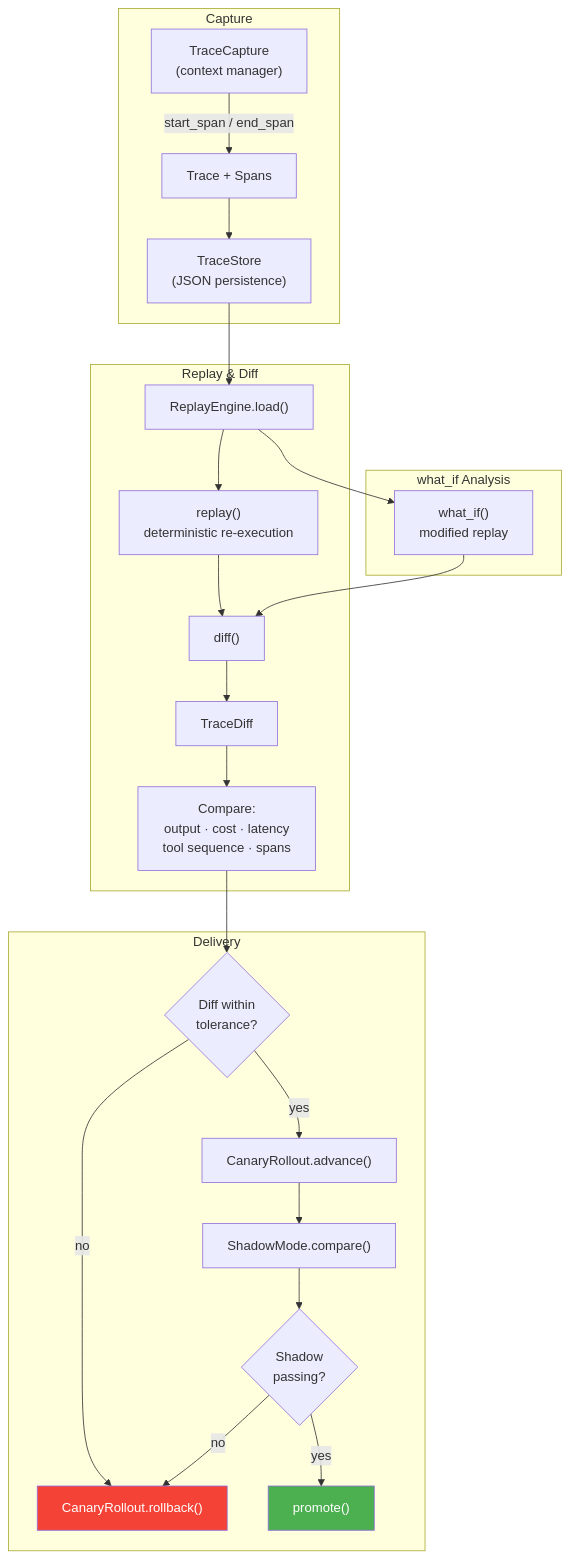
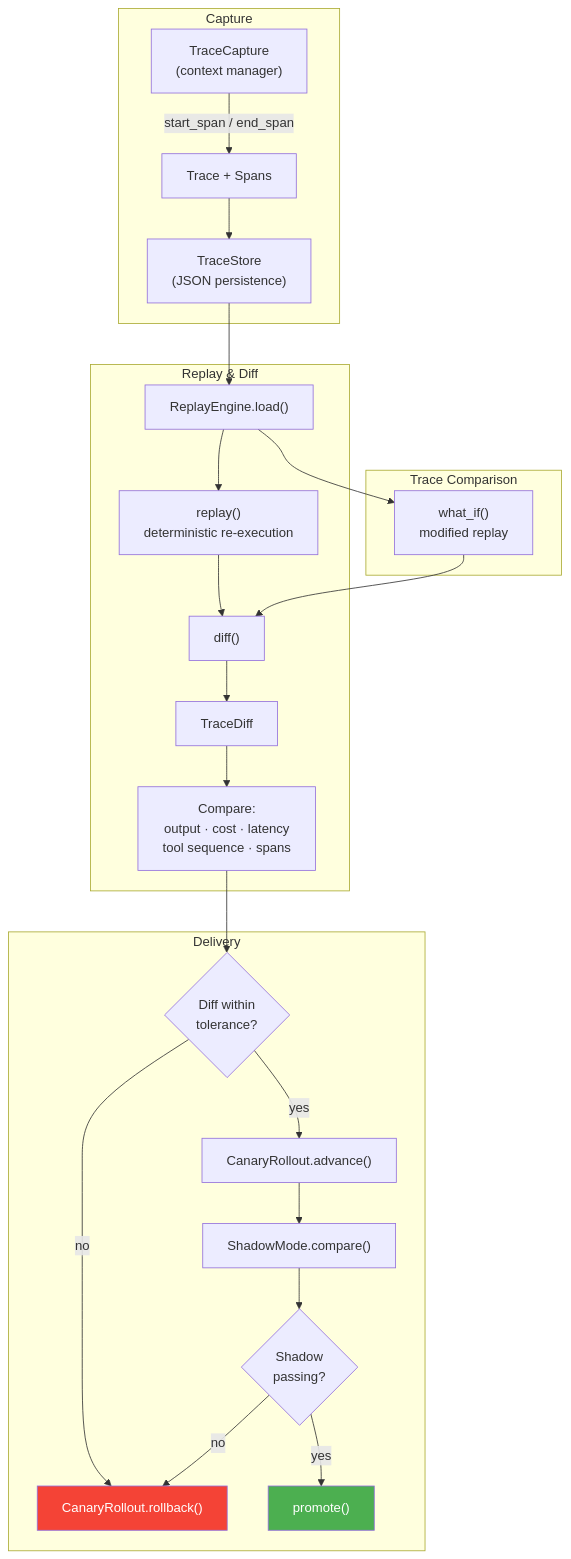
One commit to imran-siddique/agent-sre changed the fifth of 12 diagrams in ARCHITECTURE.md. Above: the diagram before and after it, drawn with Mermaid. The commit also changed other lines of this file and 35 other files, not shown here.

````diff
--- a/ARCHITECTURE.md
+++ b/ARCHITECTURE.md
@@ -235,33 +235,33 @@
 ```mermaid
 flowchart TB
     subgraph Capture
         A1["TraceCapture<br/>(context manager)"] -->|start_span / end_span| A2["Trace + Spans"]
         A2 --> A3["TraceStore<br/>(JSON persistence)"]
     end
 
     subgraph "Replay & Diff"
         A3 --> B1["ReplayEngine.load()"]
         B1 --> B2["replay()<br/>deterministic re-execution"]
         B2 --> B3["diff()"]
         B3 --> B4["TraceDiff"]
         B4 --> B5["Compare:<br/>output · cost · latency<br/>tool sequence · spans"]
     end
 
-    subgraph "what_if Analysis"
+    subgraph "Trace Comparison"
         B1 --> C1["what_if()<br/>modified replay"]
         C1 --> B3
     end
 
     subgraph Delivery
         B5 --> D1{"Diff within<br/>tolerance?"}
         D1 -->|yes| D2["CanaryRollout.advance()"]
         D1 -->|no| D3["CanaryRollout.rollback()"]
         D2 --> D4["ShadowMode.compare()"]
         D4 --> D5{"Shadow<br/>passing?"}
         D5 -->|yes| D6["promote()"]
         D5 -->|no| D3
     end
 
     style D6 fill:#4CAF50,color:#fff
     style D3 fill:#f44336,color:#fff
 ```
````
